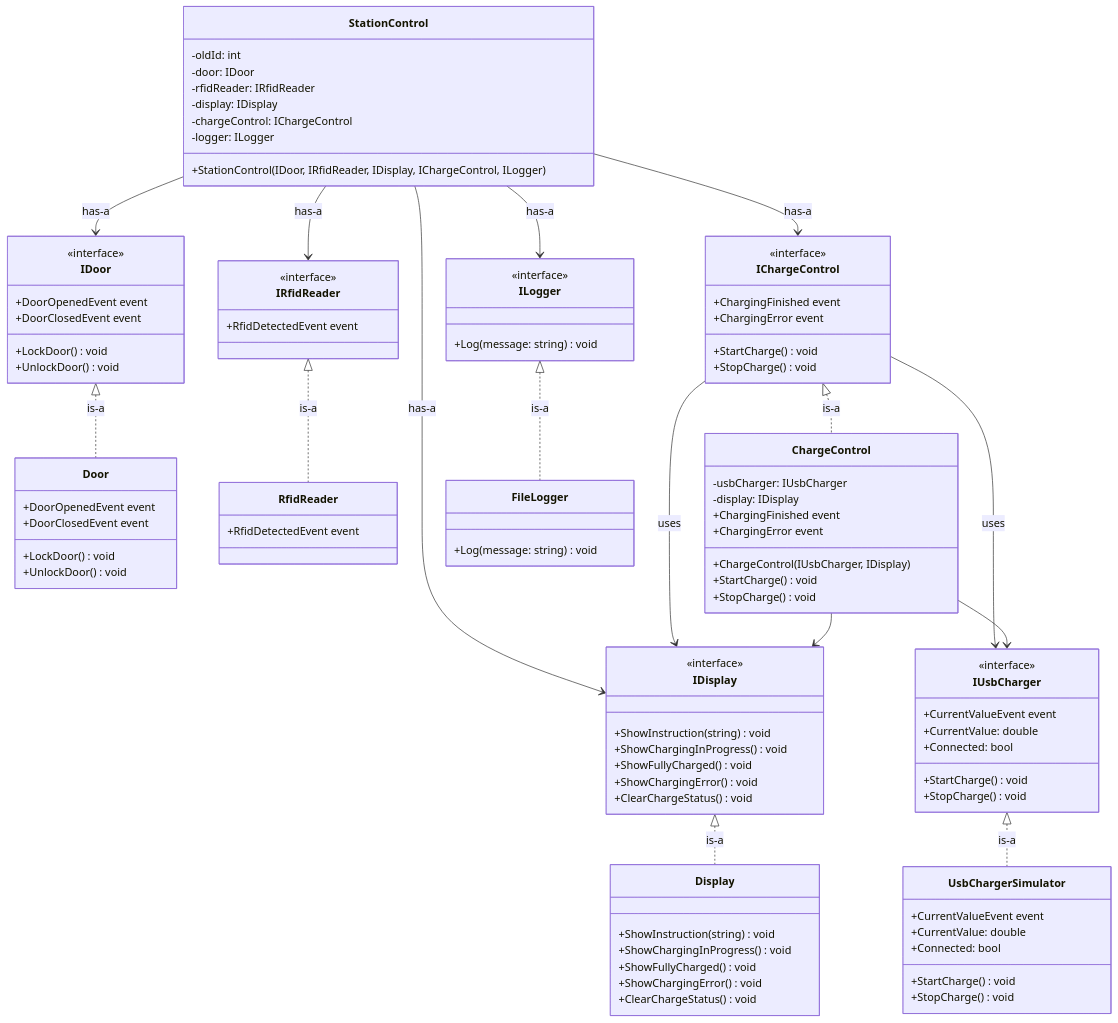
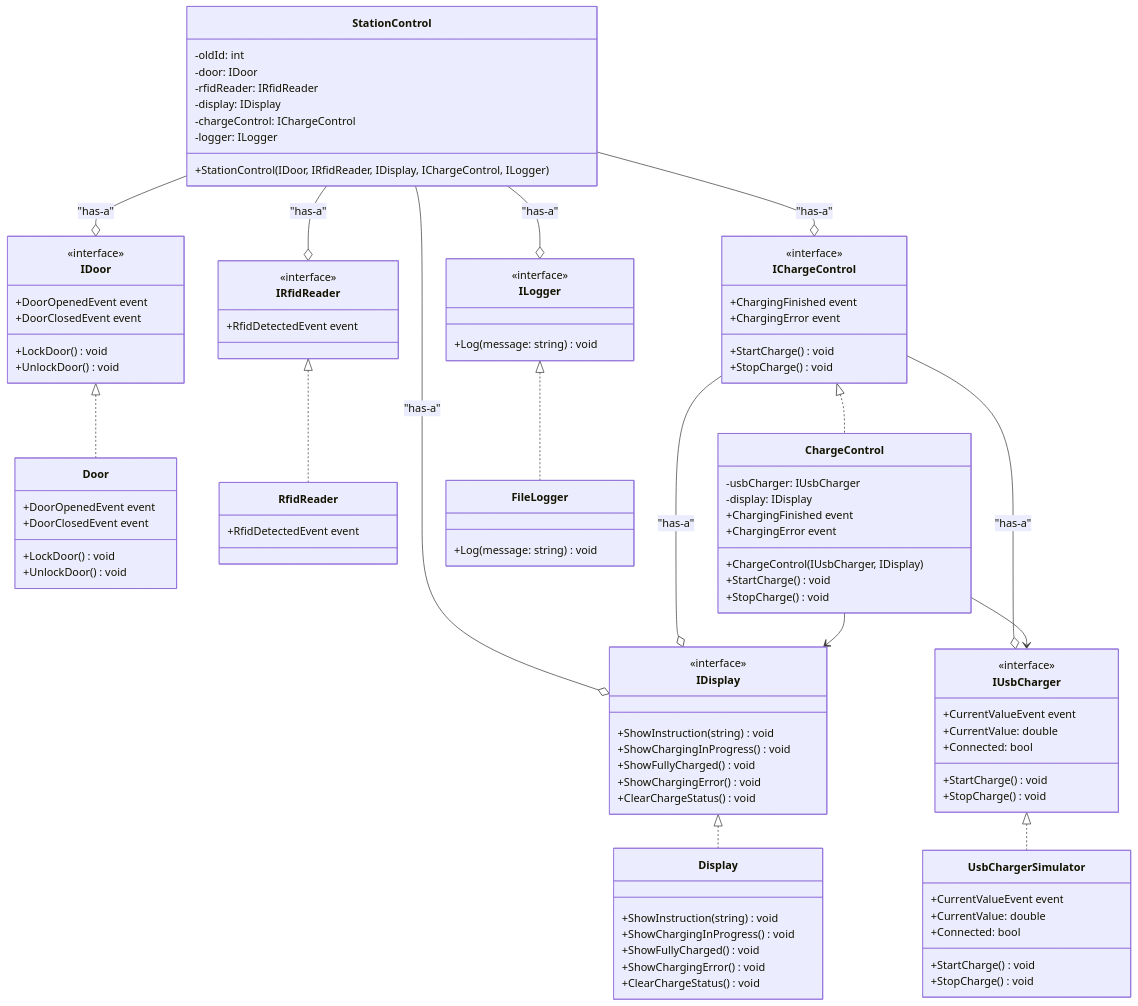
Before and after one commit to Thyge1232/LadeskabApp: the diagram in Docs/Klassediagram.md, drawn with Mermaid.

Commit message:
Update Klassediagram to use composition notation for relationships and improve clarity

```diff
--- a/Docs/Klassediagram.md
+++ b/Docs/Klassediagram.md
@@ -102,23 +102,23 @@
     
     %% ========== RELATIONER ==========
     %% Lag 1 -> Lag 2
-    StationControl --> IDoor : has-a
-    StationControl --> IRfidReader: has-a
-    StationControl --> IDisplay: has-a
-    StationControl --> IChargeControl: has-a
-    StationControl --> ILogger: has-a
+    StationControl --o IDoor : "has-a"
+    StationControl --o IRfidReader: "has-a"
+    StationControl --o IDisplay: "has-a"
+    StationControl --o IChargeControl: "has-a"
+    StationControl --o ILogger: "has-a"
     
     %% Lag 2 -> Lag 2
-    IChargeControl --> IUsbCharger : uses
-    IChargeControl --> IDisplay : uses
+    IChargeControl --o IUsbCharger : "has-a"
+    IChargeControl --o IDisplay : "has-a"
     
     %% Lag 2 <- Lag 3 (implementations)
-    IDoor <|.. Door : is-a
-    IRfidReader <|.. RfidReader : is-a
-    IDisplay <|.. Display : is-a
-    IChargeControl <|.. ChargeControl : is-a
-    IUsbCharger <|.. UsbChargerSimulator : is-a
-    ILogger <|.. FileLogger : is-a
+    IDoor <|.. Door 
+    IRfidReader <|.. RfidReader  
+    IDisplay <|.. Display  
+    IChargeControl <|.. ChargeControl  
+    IUsbCharger <|.. UsbChargerSimulator 
+    ILogger <|.. FileLogger 
     
     %% Lag 3 -> Lag 2
     ChargeControl --> IUsbCharger
```
